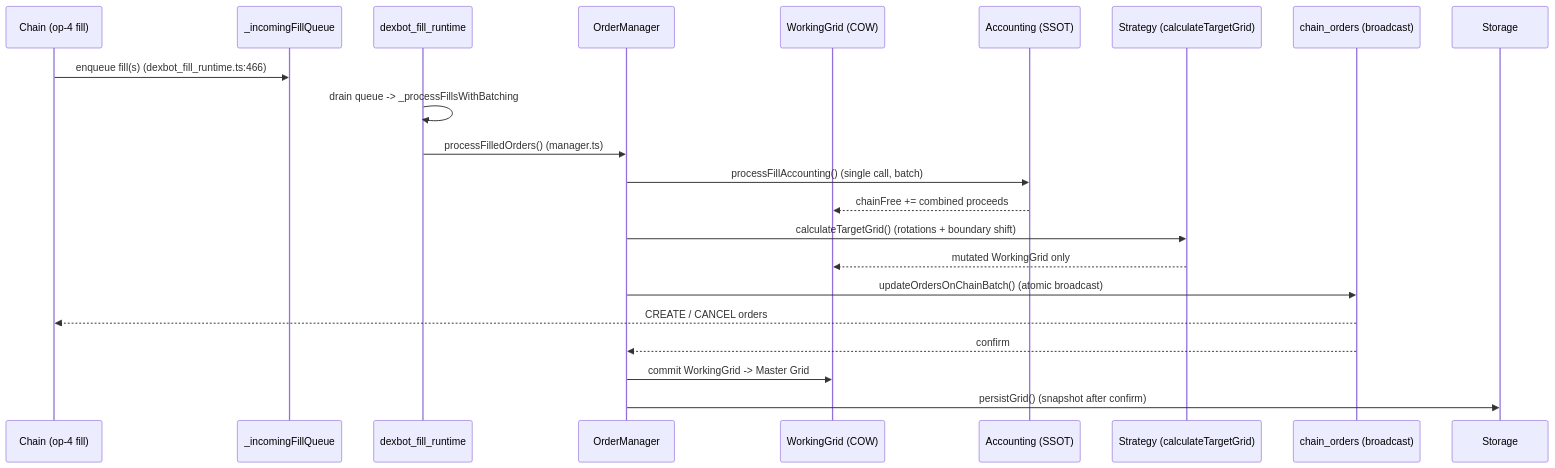
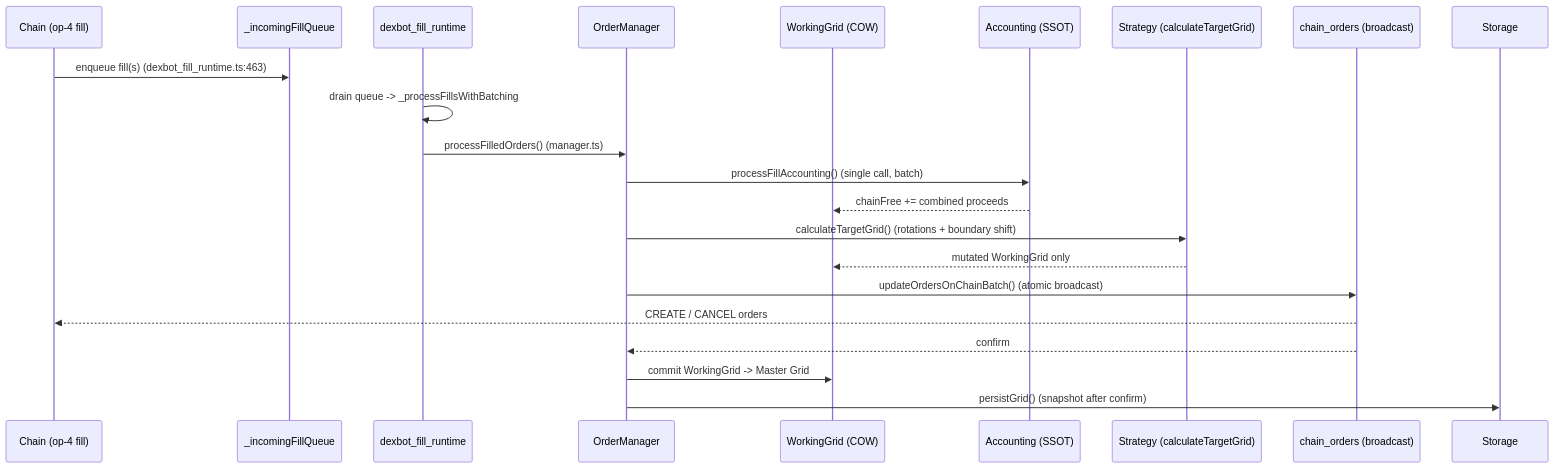
One commit to bitshares/DEXBot2 changed the third of 4 diagrams in docs/LIFECYCLE.md. Above: the diagram before and after it, drawn with Mermaid. The commit also changed other lines of this file and 6 other files, not shown here.

````diff
--- a/docs/LIFECYCLE.md
+++ b/docs/LIFECYCLE.md
@@ -81,25 +81,25 @@
 ```mermaid
 sequenceDiagram
     participant CH as Chain (op-4 fill)
     participant Q as _incomingFillQueue
     participant FR as dexbot_fill_runtime
     participant OM as OrderManager
     participant WG as WorkingGrid (COW)
     participant AC as Accounting (SSOT)
     participant ST as Strategy (calculateTargetGrid)
     participant CO as chain_orders (broadcast)
     participant STORE as Storage
 
-    CH->>Q: enqueue fill(s)  (dexbot_fill_runtime.ts:466)
+    CH->>Q: enqueue fill(s)  (dexbot_fill_runtime.ts:463)
     FR->>FR: drain queue -> _processFillsWithBatching
     FR->>OM: processFilledOrders()  (manager.ts)
     OM->>AC: processFillAccounting()  (single call, batch)
     AC-->>WG: chainFree += combined proceeds
     OM->>ST: calculateTargetGrid()  (rotations + boundary shift)
     ST-->>WG: mutated WorkingGrid only
     OM->>CO: updateOrdersOnChainBatch()  (atomic broadcast)
     CO-->>CH: CREATE / CANCEL orders
     CO-->>OM: confirm
     OM->>WG: commit WorkingGrid -> Master Grid
     OM->>STORE: persistGrid()  (snapshot after confirm)
 ```
````
